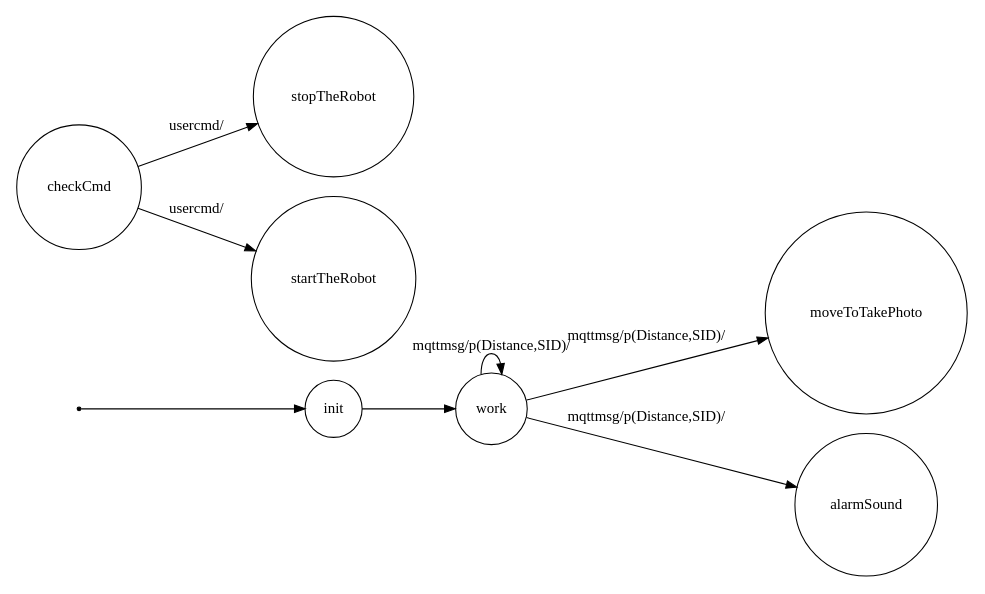
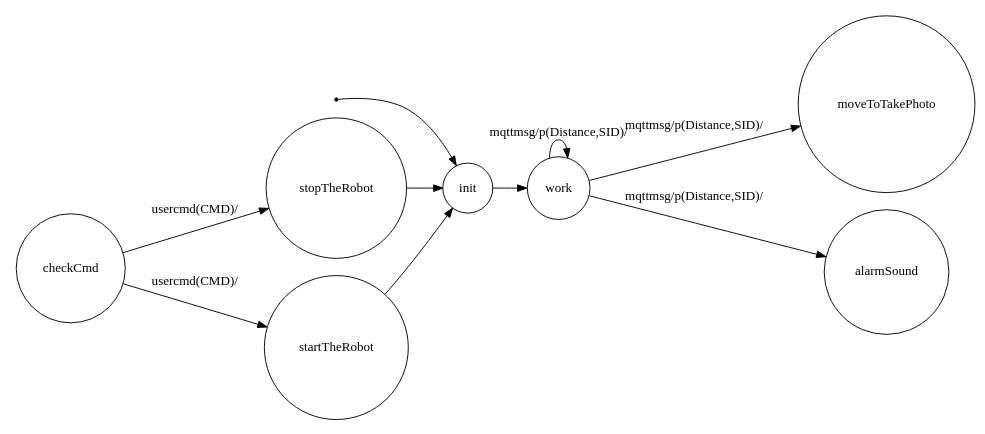
Before and after one commit to Diantha/TemaFinaleISS: the diagram in srcMore/it/unibo/controller/dotFsm.gv, drawn with Graphviz. The commit also changed 7 other files, not shown here.

```diff
--- a/srcMore/it/unibo/controller/dotFsm.gv
+++ b/srcMore/it/unibo/controller/dotFsm.gv
@@ -1,27 +1,31 @@
 /*
 *
 * A GraphViz DOT FSM description 
 * Please use a GraphViz visualizer (like http://www.webgraphviz.com)
 * 
 * Generated by AM,NC,RM
 *  
 */
  
 digraph finite_state_machine {
   	rankdir=LR;
   	size="8,5"
   	node [shape = point]; iniziale;
   	node [shape = doublecircle]; 
   	node [shape = circle];
   	iniziale -> init [label = ""];
   	
   	
   	init -> work [ label = ""];
   	
   	work -> moveToTakePhoto [ label = "mqttmsg/p(Distance,SID)/"];
   	work -> alarmSound [ label = "mqttmsg/p(Distance,SID)/"];
   	work -> work [ label = "mqttmsg/p(Distance,SID)/"];
   	
-  	checkCmd -> stopTheRobot [ label = "usercmd/"];
-  	checkCmd -> startTheRobot [ label = "usercmd/"];
+  	checkCmd -> stopTheRobot [ label = "usercmd(CMD)/"];
+  	checkCmd -> startTheRobot [ label = "usercmd(CMD)/"];
+  	
+  	startTheRobot -> init [ label = ""];
+  	
+  	stopTheRobot -> init [ label = ""];
 }
```
